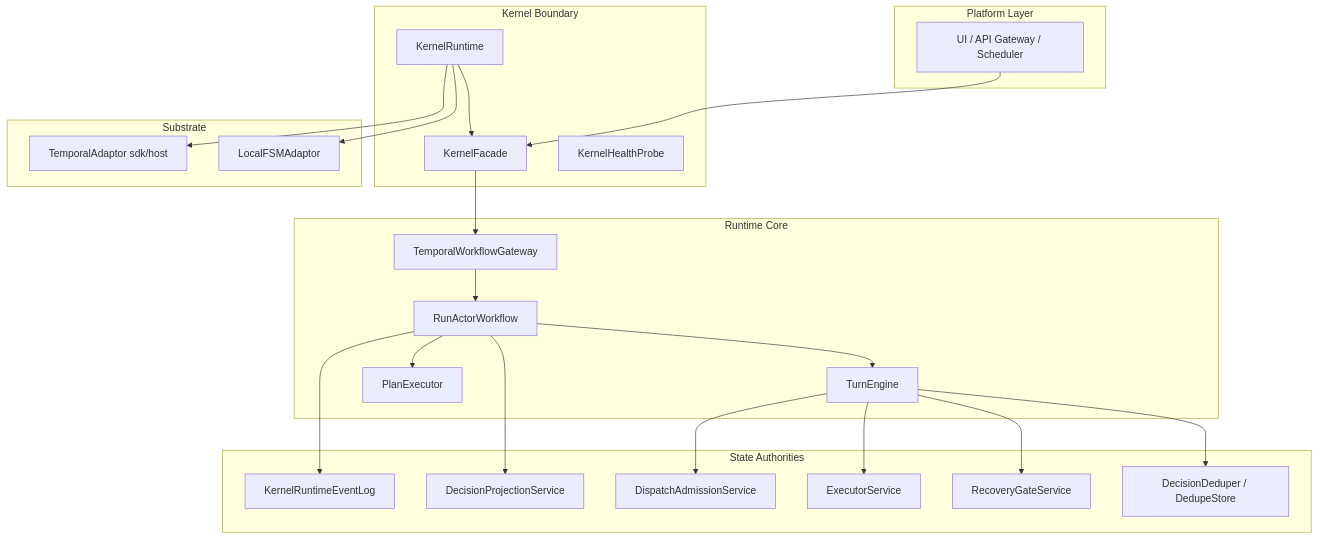
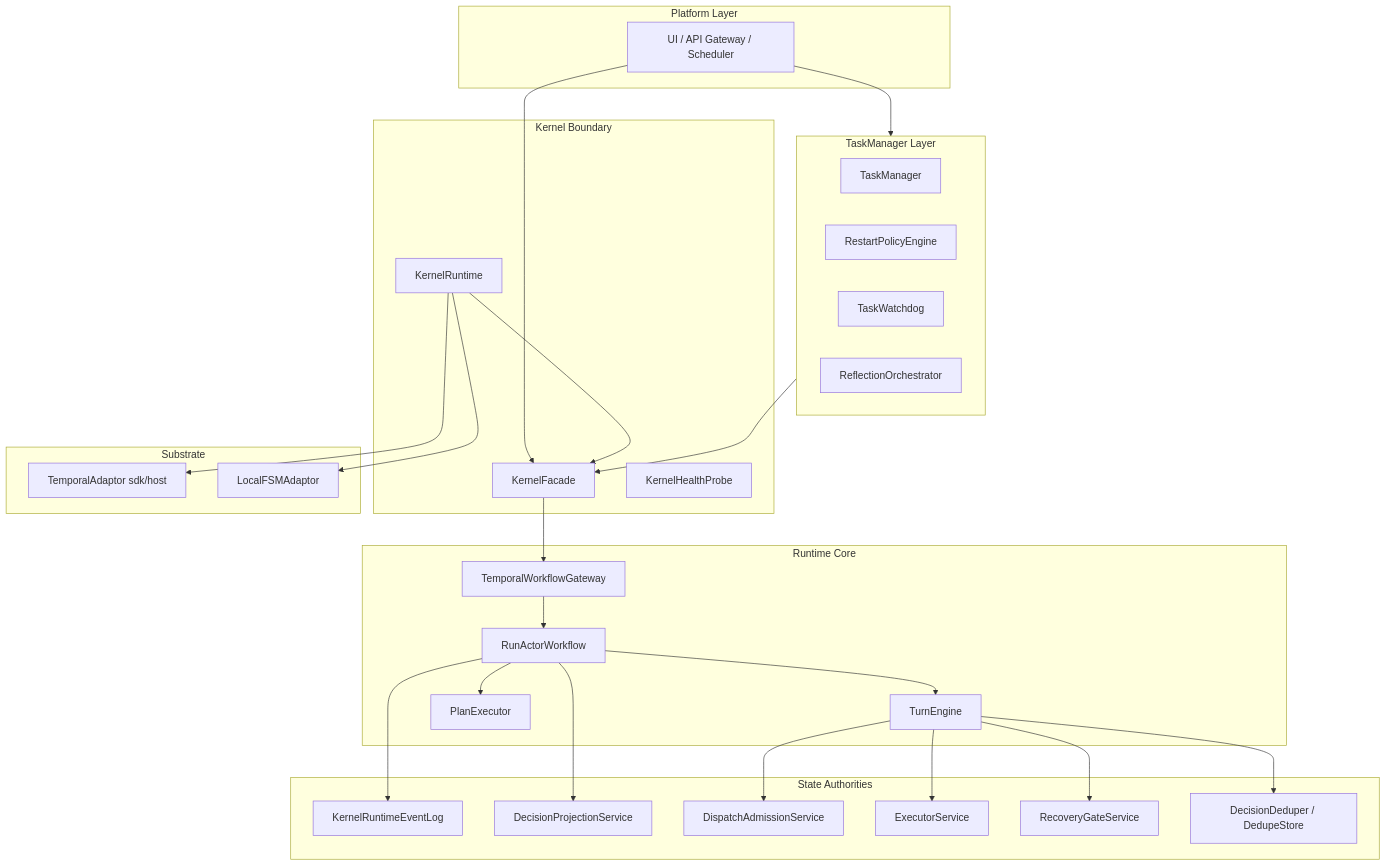
One commit to chaosxingxc-orion/agent-kernel changed the first of 5 diagrams in ARCHITECTURE.md. Above: the diagram before and after it, drawn with Mermaid. The commit also changed other lines of this file and 114 other files, not shown here.

````diff
--- a/ARCHITECTURE.md
+++ b/ARCHITECTURE.md
@@ -58,48 +58,57 @@
 ```mermaid
 graph TB
     subgraph P[Platform Layer]
       UI[UI / API Gateway / Scheduler]
+    end
+
+    subgraph TM[TaskManager Layer]
+      TMGR[TaskManager]
+      TPE[RestartPolicyEngine]
+      TWD[TaskWatchdog]
+      TRO[ReflectionOrchestrator]
     end
 
     subgraph K[Kernel Boundary]
       KR[KernelRuntime]
       KF[KernelFacade]
       HP[KernelHealthProbe]
     end
 
     subgraph C[Runtime Core]
       GW[TemporalWorkflowGateway]
       RA[RunActorWorkflow]
       TE[TurnEngine]
       PE[PlanExecutor]
     end
 
     subgraph A[State Authorities]
       EL[KernelRuntimeEventLog]
       PJ[DecisionProjectionService]
       AD[DispatchAdmissionService]
       EX[ExecutorService]
       RC[RecoveryGateService]
       DD[DecisionDeduper / DedupeStore]
     end
 
     subgraph S[Substrate]
       TA[TemporalAdaptor sdk/host]
       LA[LocalFSMAdaptor]
     end
 
+    UI --> TM
     UI --> KF
+    TM --> KF
     KR --> KF
     KR --> TA
     KR --> LA
     KF --> GW
     GW --> RA
     RA --> TE
     RA --> PE
     RA --> EL
     RA --> PJ
     TE --> AD
     TE --> EX
     TE --> RC
     TE --> DD
 ```
````
